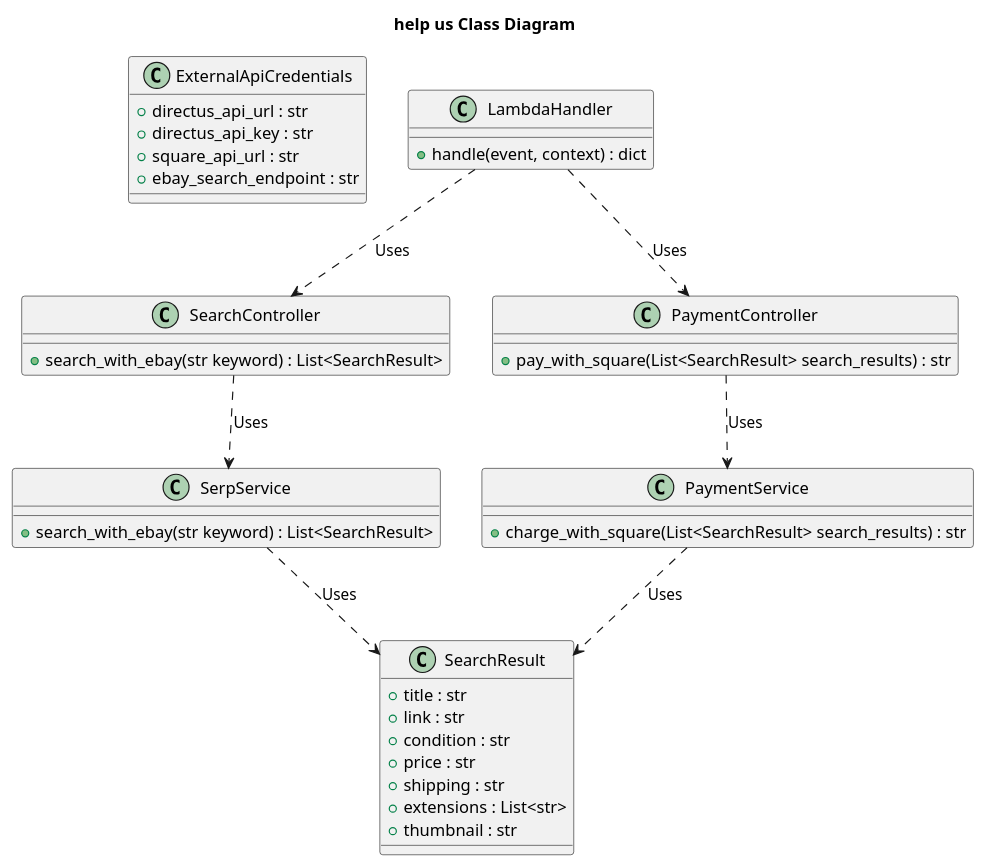
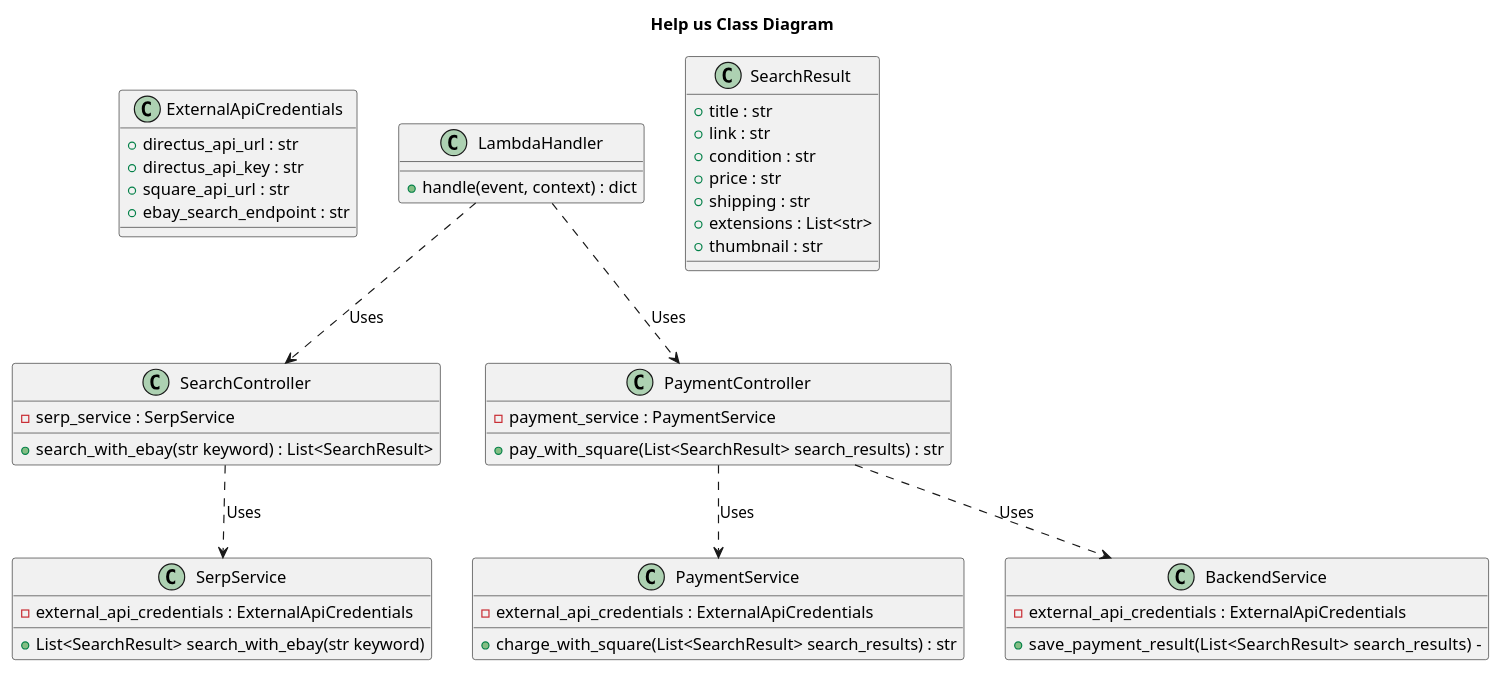
The diagram in class_diagram_api.puml (help-us-app/help-us-architecture-diagrams), drawn with PlantUML before and after one commit.

Commit message:
feat: updated class diagram

```diff
--- a/class_diagram_api.puml
+++ b/class_diagram_api.puml
@@ -1,55 +1,62 @@
-@startuml "help us Class Diagram"
-title "help us Class Diagram"
+@startuml "Help us Class Diagram"
+title "Help us Class Diagram"
 
 class ExternalApiCredentials {
     + directus_api_url : str
     + directus_api_key : str
     + square_api_url : str
     + ebay_search_endpoint : str
 }
 
 class SerpService {
-    + search_with_ebay(str keyword) : List<SearchResult> 
+    - external_api_credentials : ExternalApiCredentials
+    + List<SearchResult> search_with_ebay(str keyword)
 }
 
 class PaymentService {
+    - external_api_credentials : ExternalApiCredentials
     + charge_with_square(List<SearchResult> search_results) : str
+}
+
+class BackendService {
+    - external_api_credentials : ExternalApiCredentials
+    + save_payment_result(List<SearchResult> search_results)   -
 }
 
 class SearchResult {
     + title : str
     + link : str
     + condition : str
     + price : str
     + shipping : str
     + extensions : List<str>
     + thumbnail : str
-    
+
 }
 
 class SearchController {
+    - serp_service : SerpService
     + search_with_ebay(str keyword) : List<SearchResult>
 }
 
 class PaymentController {
+    - payment_service : PaymentService
     + pay_with_square(List<SearchResult> search_results) : str
 }
 
 class LambdaHandler {
     + handle(event, context) : dict
 }
 
-SerpService ..> SearchResult : Uses
-
-PaymentService ..> SearchResult : Uses
 
 SearchController ..> SerpService : Uses
 
 PaymentController ..> PaymentService : Uses
 
+PaymentController ..> BackendService : Uses
+
 LambdaHandler ..> PaymentController : Uses
 
 LambdaHandler ..> SearchController : Uses
 
-
 @enduml
```
